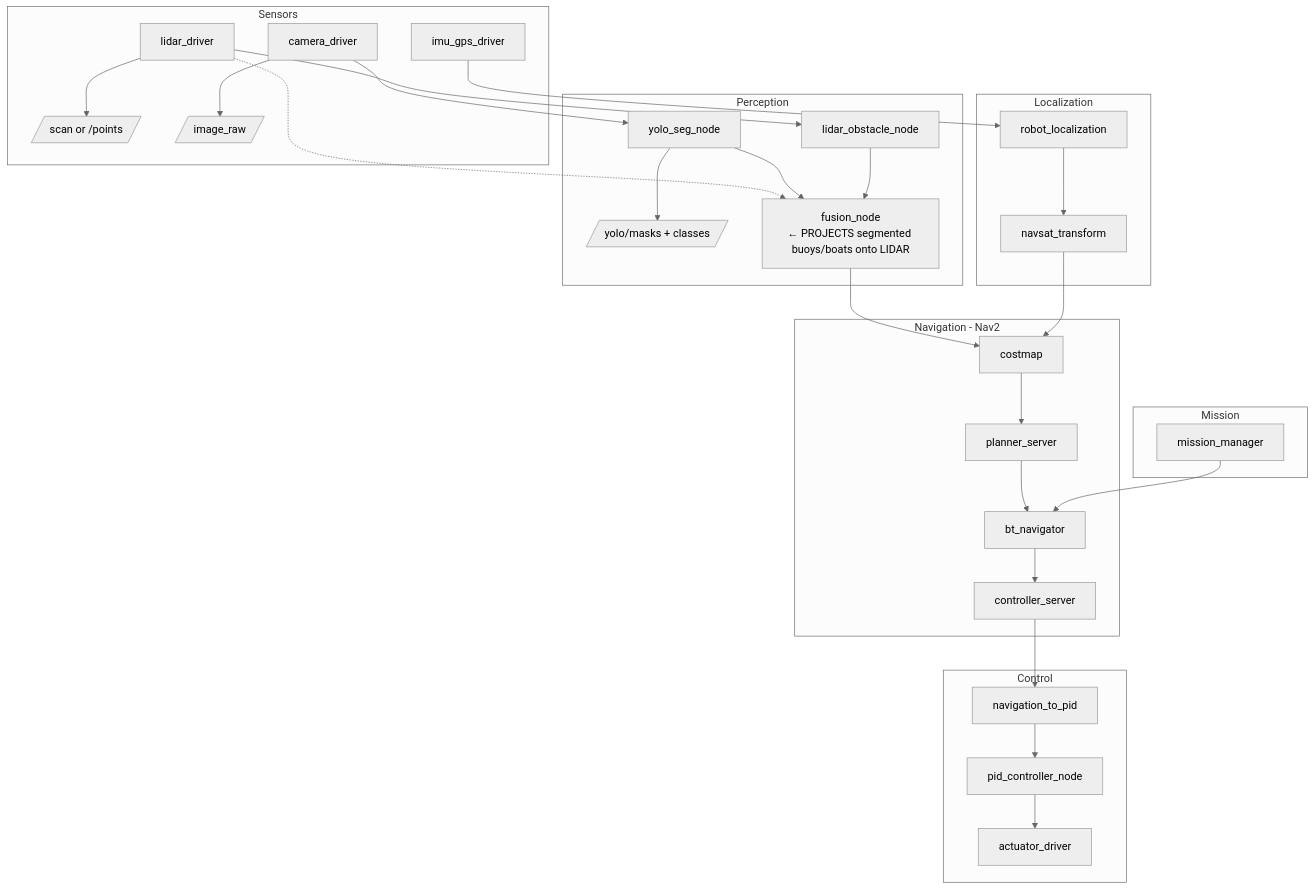
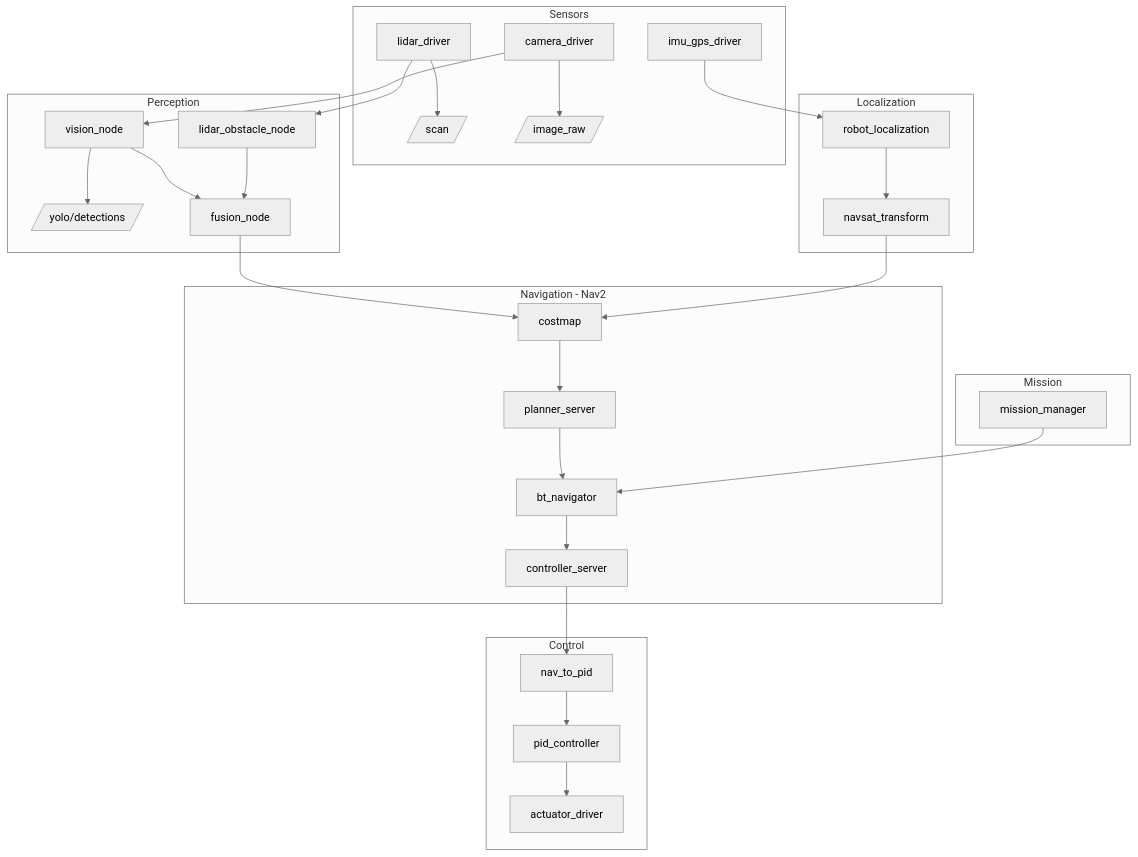
One commit to NODE-Engineering-Club/node-ros-2026 changed the diagram in README.md. Above: the diagram before and after it, drawn with Mermaid (neutral theme). The commit also changed other lines of this file and 83 other files, not shown here.

````diff
--- a/README.md
+++ b/README.md
@@ -23,53 +89,52 @@
 ```mermaid
 flowchart TD
     subgraph Sensors
-        L[lidar_driver] --> Scan[/scan or /points/]
+        L[lidar_driver] --> Scan[/scan/]
         C[camera_driver] --> Image[/image_raw/]
         I[imu_gps_driver]
     end
 
     subgraph Perception
-        Y[yolo_seg_node] --> Det[/yolo/masks + classes/]
+        Y[vision_node] --> Det[/yolo/detections/]
         O[lidar_obstacle_node]
-        F[fusion_node<br/>← PROJECTS segmented buoys/boats onto LIDAR]
+        F[fusion_node]
     end
 
     subgraph Localization
         RL[robot_localization]
         NT[navsat_transform]
     end
 
     subgraph Navigation[Navigation - Nav2]
         CM[costmap]
         PS[planner_server]
         CS[controller_server]
         BT[bt_navigator]
     end
 
     subgraph Control
-        N2P[navigation_to_pid]
-        PID[pid_controller_node]
+        N2P[nav_to_pid]
+        PID[pid_controller]
         ACT[actuator_driver]
     end
 
     subgraph Mission
         MM[mission_manager]
     end
 
     C --> Y
     L --> O
-    L -.-> F
     Y --> F
     O --> F
     F --> CM
     I --> RL
     RL --> NT
     NT --> CM
     CM --> PS
     PS --> BT
     BT --> CS
     CS --> N2P
     N2P --> PID
     PID --> ACT
-    MM --> BT 
+    MM --> BT
 ```
````
